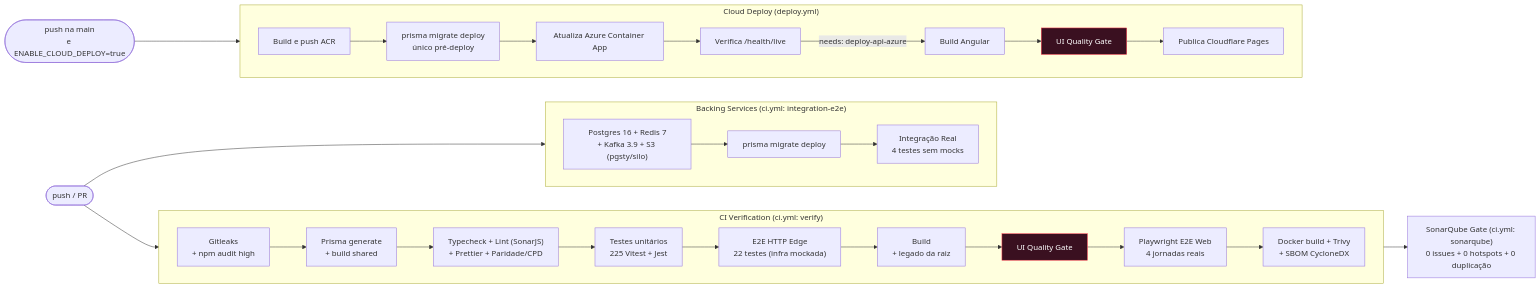
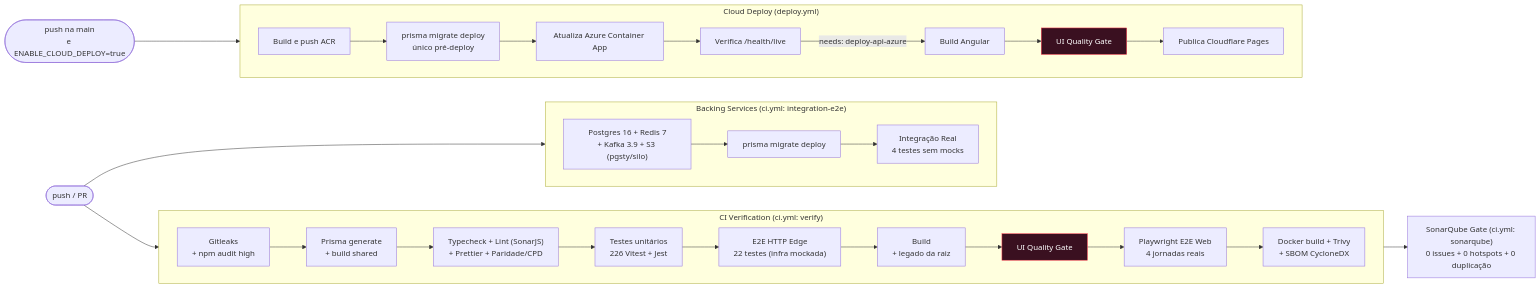
One commit to Digooow/pokedex-frontend changed the eighth of 12 diagrams in README.md. Above: the diagram before and after it, drawn with Mermaid. The commit also changed other lines of this file and 42 other files, not shown here.

Commit message:
Refactor platform constants and schemas to remove 'museum' module; update related components and documentation for consistency. Rename 'Museu' to 'Atlas das Regiões' in various files and adjust routing and summaries accordingly. Enhance UI quality gate script to reflect new routing structure.

````diff
--- a/README.md
+++ b/README.md
@@ -493,34 +492,34 @@
 ```mermaid
 flowchart LR
   push(["push / PR"]) --> v
   push --> integ
 
   subgraph v["CI Verification (ci.yml: verify)"]
     direction LR
     s0["Gitleaks<br/>+ npm audit high"] --> s1["Prisma generate<br/>+ build shared"] --> s2["Typecheck + Lint (SonarJS)<br/>+ Prettier + Paridade/CPD"]
-    s2 --> s4["Testes unitários<br/>225 Vitest + Jest"]
+    s2 --> s4["Testes unitários<br/>226 Vitest + Jest"]
     s4 --> s5["E2E HTTP Edge<br/>22 testes (infra mockada)"]
     s5 --> s6["Build<br/>+ legado da raiz"]
     s6 --> s7["UI Quality Gate"]
     s7 --> s7b["Playwright E2E Web<br/>4 jornadas reais"]
     s7b --> s8["Docker build + Trivy<br/>+ SBOM CycloneDX"]
   end
 
   v --> sq["SonarQube Gate (ci.yml: sonarqube)<br/>0 issues + 0 hotspots + 0 duplicação"]
 
   subgraph integ["Backing Services (ci.yml: integration-e2e)"]
     direction LR
     i1["Postgres 16 + Redis 7<br/>+ Kafka 3.9 + S3 (pgsty/silo)"] --> i2["prisma migrate deploy"] --> i3["Integração Real<br/>4 testes sem mocks"]
   end
 
   push2(["push na main<br/>e ENABLE_CLOUD_DEPLOY=true"]) --> d
 
   subgraph d["Cloud Deploy (deploy.yml)"]
     direction LR
     a1["Build e push ACR"] --> a1b["prisma migrate deploy<br/>único pré-deploy"] --> a2["Atualiza Azure Container App"] --> a3["Verifica /health/live"]
     a3 -->|"needs: deploy-api-azure"| b1["Build Angular"] --> b2["UI Quality Gate"] --> b3["Publica Cloudflare Pages"]
   end
 
   classDef gate fill:#3a1020,stroke:#ff3b4e,color:#fff
   class s7,b2 gate
 ```
````
